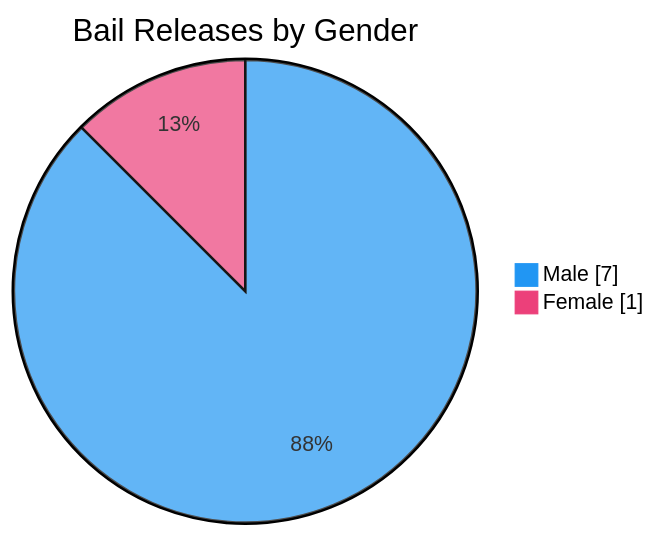
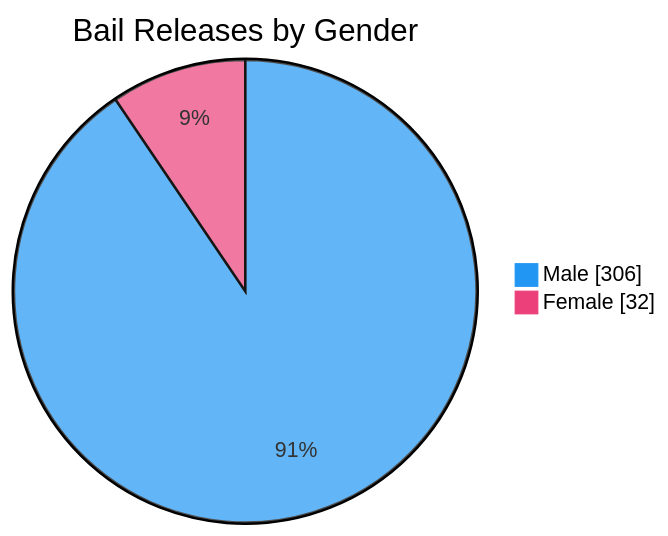
One commit to nuuuwan/lk_prisons changed the seventh of 7 diagrams in README.md. Above: the diagram before and after it, drawn with Mermaid. The commit also changed other lines of this file and 1 other file, not shown here.

````diff
--- a/README.md
+++ b/README.md
@@ -109,6 +109,6 @@
 ```mermaid
 %%{init: {'themeVariables': {'pie1': '#2196F3', 'pie2': '#EC407A'}}}%%
 pie showData title Bail Releases by Gender
-    "Male" : 7
-    "Female" : 1
+    "Male" : 306
+    "Female" : 32
 ```
````
